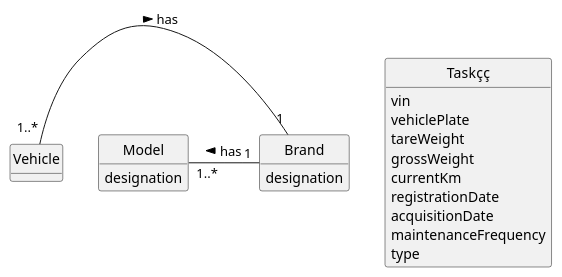
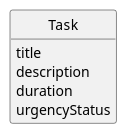
Before and after one commit to ricardomm7/leaflink: the diagram in docs/sprintC/us028/02.analysis/puml/us028-domain-model.puml, drawn with PlantUML. The commit also changed 2 other files, not shown here.

```diff
--- a/docs/sprintC/us028/02.analysis/puml/us028-domain-model.puml
+++ b/docs/sprintC/us028/02.analysis/puml/us028-domain-model.puml
@@ -1,36 +1,21 @@
 @startuml
 skinparam monochrome true
 skinparam packageStyle rectangle
 skinparam shadowing false
 
 'left to right direction
 
 
 hide circle
 hide methods
 
 
-class Taskçç
+class Task
  {
-vin
-vehiclePlate
-tareWeight
-grossWeight
-currentKm
-registrationDate
-acquisitionDate
-maintenanceFrequency
-type
+    title
+    description
+    duration
+    urgencyStatus
 }
 
-class Brand {
-    designation
-}
-
-class Model {
-    designation
-}
-
-Vehicle "1..*" - "1" Brand : has >
-Model "1..*" -"1" Brand: has <
 @enduml
```
